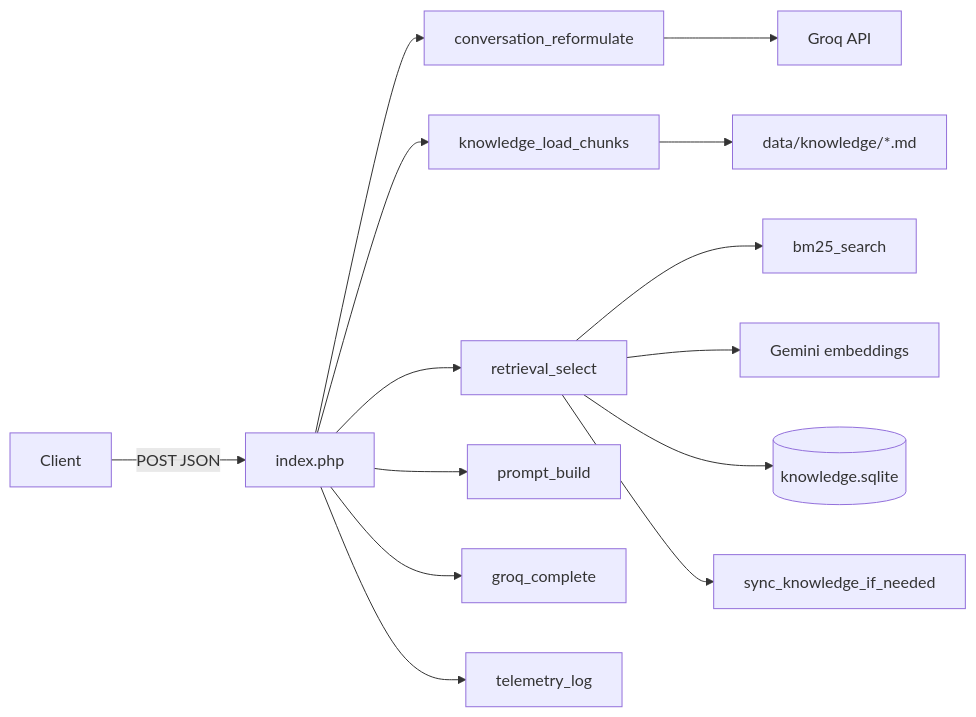
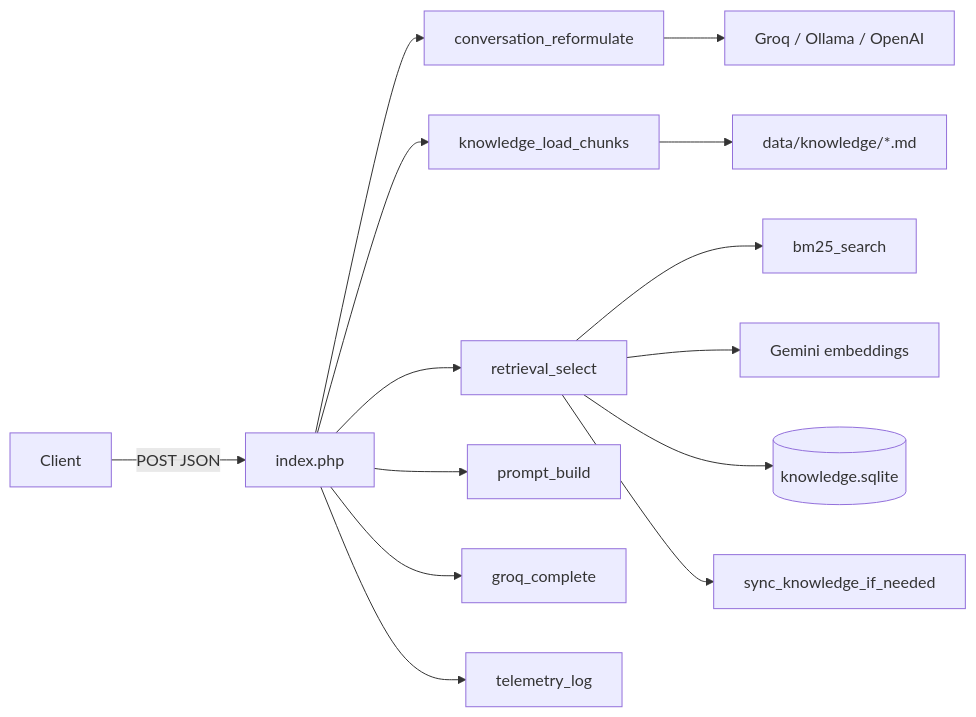
Before and after one commit to devalexanderdaza/PocketRAG: the diagram in docs/architecture.md, drawn with Mermaid. The commit also changed 2 other files, not shown here.

Commit message:
docs: align reformulation references with configured LLM provider

````diff
--- a/docs/architecture.md
+++ b/docs/architecture.md
@@ -35,16 +35,16 @@
 ```mermaid
 flowchart LR
   Client -->|POST JSON| Index[index.php]
   Index --> Reform[conversation_reformulate]
-  Reform --> GroqAPI[Groq API]
+  Reform --> LLM[Groq / Ollama / OpenAI]
   Index --> Know[knowledge_load_chunks]
   Know --> MD[data/knowledge/*.md]
   Index --> Ret[retrieval_select]
   Ret --> BM25[bm25_search]
   Ret --> Emb[Gemini embeddings]
   Ret --> SQLite[(knowledge.sqlite)]
   Ret --> Sync[sync_knowledge_if_needed]
   Index --> Prompt[prompt_build]
   Index --> Groq[groq_complete]
   Index --> Tel[telemetry_log]
 ```
````
